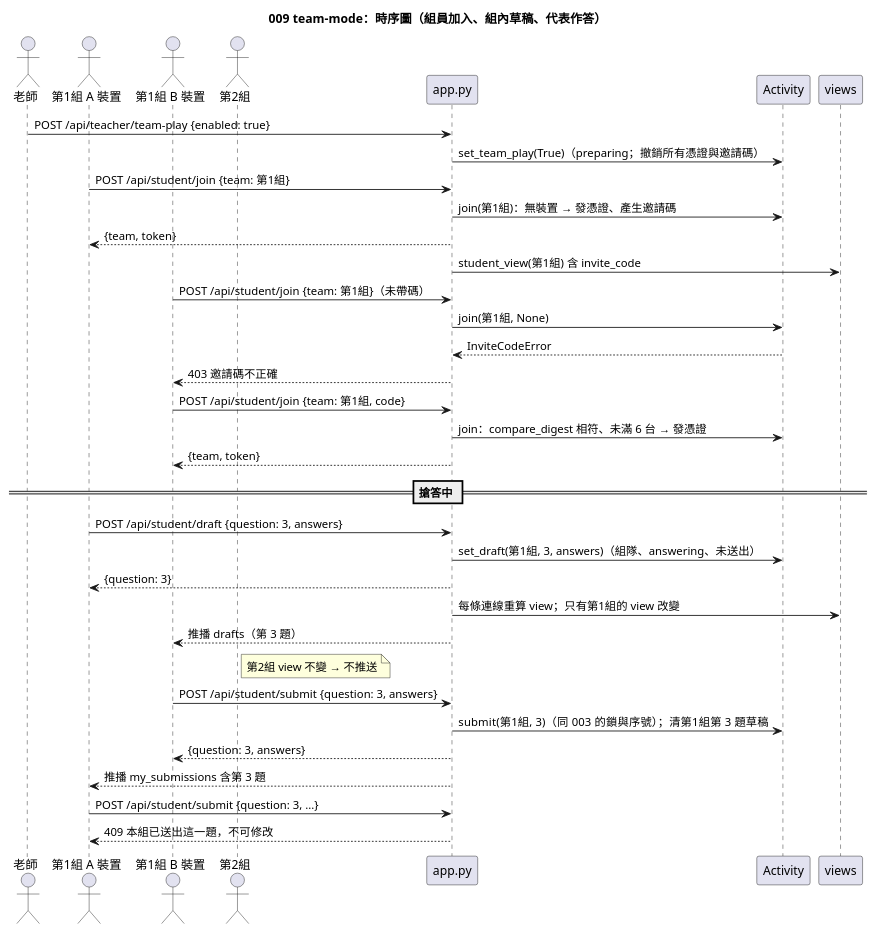
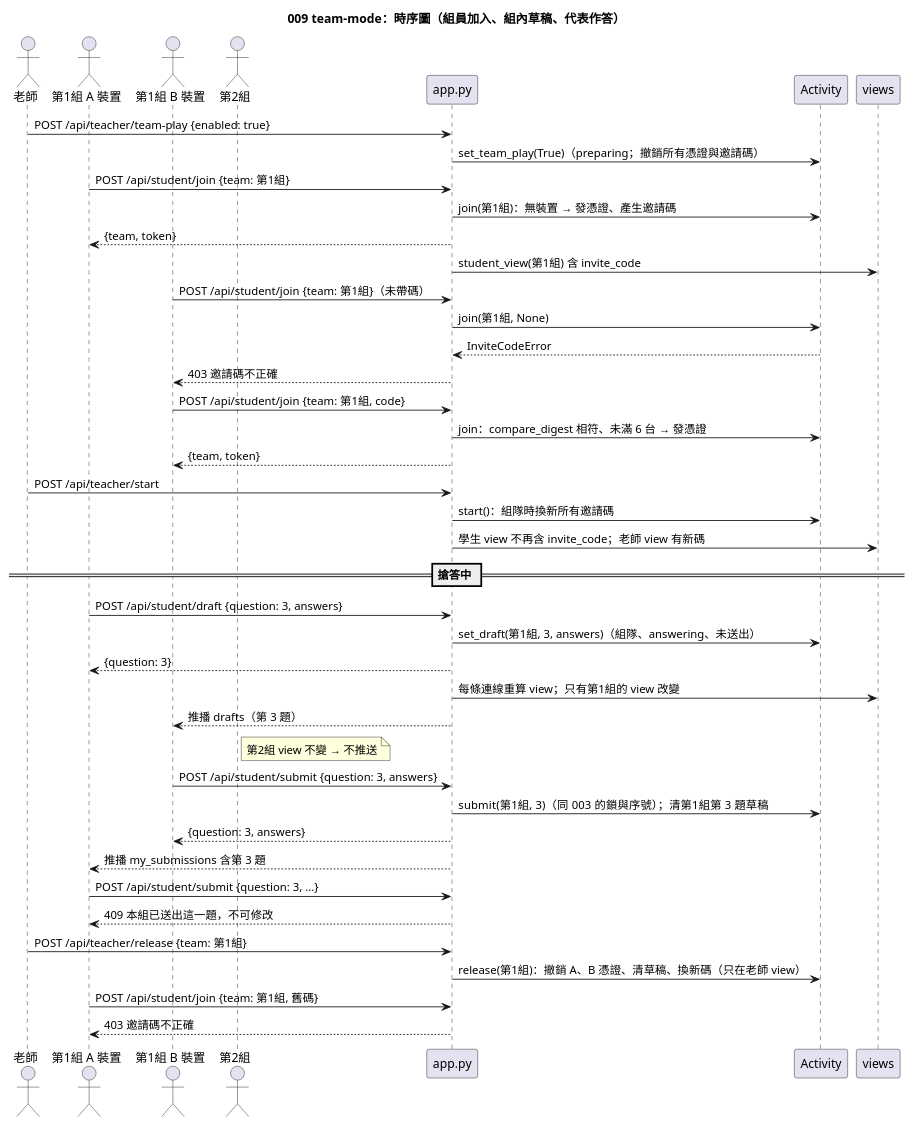
One commit to yue083139/software_fin-speckit changed the diagram in diagrams/009-team-mode-sequence.puml. Above: the diagram before and after it, drawn with PlantUML. The commit also changed 8 other files, not shown here.

Commit message:
docs(specs): 009 規格與圖表 v1.1（提案輪評審） [CORE]

```diff
--- a/diagrams/009-team-mode-sequence.puml
+++ b/diagrams/009-team-mode-sequence.puml
@@ -1,39 +1,48 @@
 @startuml 009-team-mode-sequence
 title 009 team-mode：時序圖（組員加入、組內草稿、代表作答）
 
 actor "老師" as T
 actor "第1組 A 裝置" as A
 actor "第1組 B 裝置" as B
 actor "第2組" as C
 participant "app.py" as App
 participant "Activity" as Act
 participant "views" as V
 
 T -> App : POST /api/teacher/team-play {enabled: true}
 App -> Act : set_team_play(True)（preparing；撤銷所有憑證與邀請碼）
 A -> App : POST /api/student/join {team: 第1組}
 App -> Act : join(第1組)：無裝置 → 發憑證、產生邀請碼
 App --> A : {team, token}
 App -> V : student_view(第1組) 含 invite_code
 B -> App : POST /api/student/join {team: 第1組}（未帶碼）
 App -> Act : join(第1組, None)
 Act --> App : InviteCodeError
 App --> B : 403 邀請碼不正確
 B -> App : POST /api/student/join {team: 第1組, code}
 App -> Act : join：compare_digest 相符、未滿 6 台 → 發憑證
 App --> B : {team, token}
 
+T -> App : POST /api/teacher/start
+App -> Act : start()：組隊時換新所有邀請碼
+App -> V : 學生 view 不再含 invite_code；老師 view 有新碼
+
 == 搶答中 ==
 A -> App : POST /api/student/draft {question: 3, answers}
 App -> Act : set_draft(第1組, 3, answers)（組隊、answering、未送出）
 App --> A : {question: 3}
 App -> V : 每條連線重算 view；只有第1組的 view 改變
 App --> B : 推播 drafts（第 3 題）
 note right of C : 第2組 view 不變 → 不推送
 B -> App : POST /api/student/submit {question: 3, answers}
 App -> Act : submit(第1組, 3)（同 003 的鎖與序號）；清第1組第 3 題草稿
 App --> B : {question: 3, answers}
 App --> A : 推播 my_submissions 含第 3 題
 A -> App : POST /api/student/submit {question: 3, ...}
 App --> A : 409 本組已送出這一題，不可修改
+
+T -> App : POST /api/teacher/release {team: 第1組}
+App -> Act : release(第1組)：撤銷 A、B 憑證、清草稿、換新碼（只在老師 view）
+A -> App : POST /api/student/join {team: 第1組, 舊碼}
+App --> A : 403 邀請碼不正確
 @enduml
```
